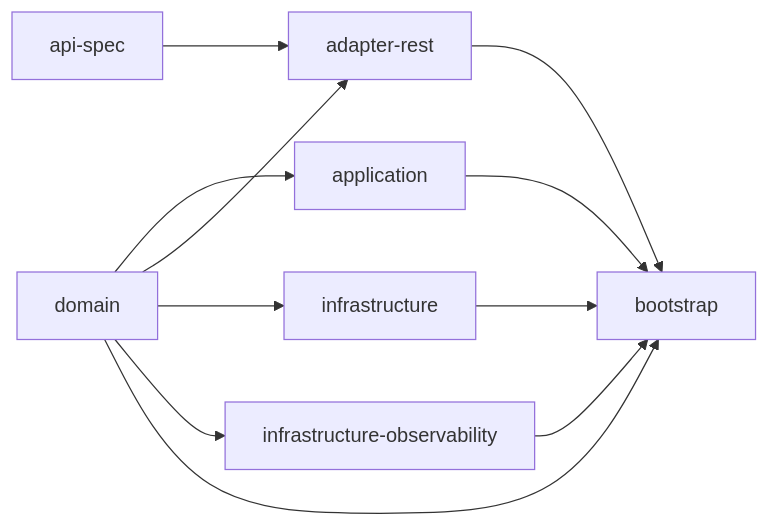
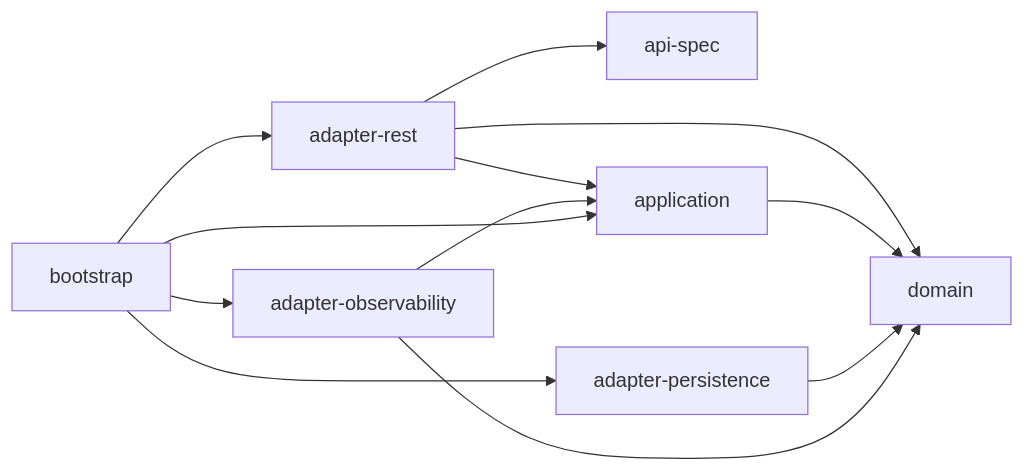
Before and after one commit to JuanPabloJimenezEsclusa/product-sorter: the first of 3 diagrams in README.md, drawn with Mermaid. The commit also changed other lines of this file and 180 other files, not shown here.

````diff
--- a/README.md
+++ b/README.md
@@ -53,9 +53,8 @@
 ```mermaid
 flowchart LR
-    api-spec --> adapter-rest
-    domain --> application
-    domain --> adapter-rest
-    domain --> infrastructure
-    domain --> infrastructure-observability
-  domain & application & adapter-rest & infrastructure & infrastructure-observability --> bootstrap
+    adapter-rest --> api-spec & application & domain
+    application --> domain
+    adapter-persistence --> domain
+    adapter-observability --> application & domain
+    bootstrap --> adapter-rest & application & adapter-persistence & adapter-observability
 ```
````
